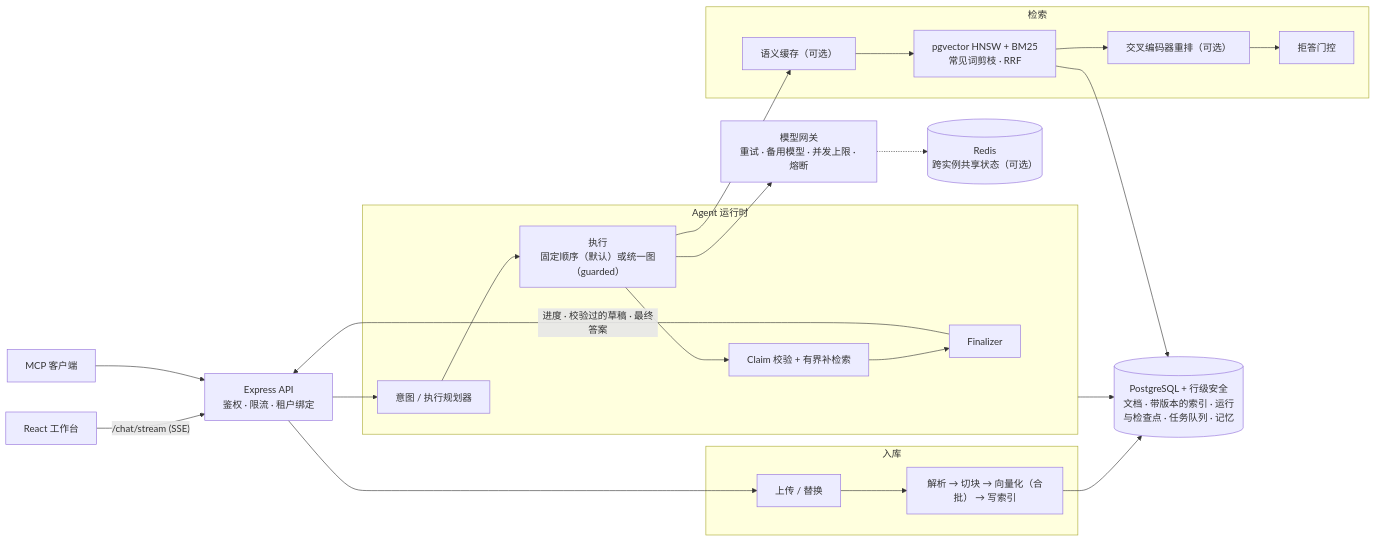
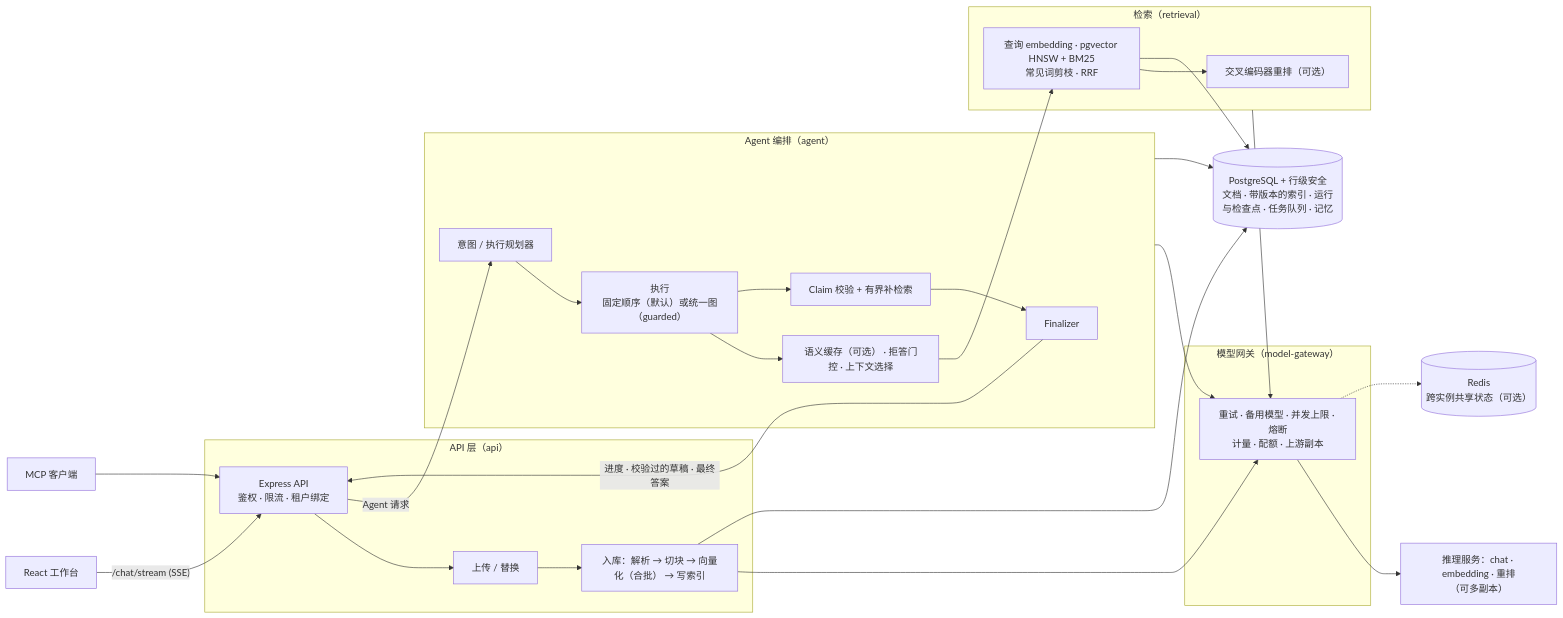
The diagram in README.md (luc1ferxx/Luc1ferxx_Archive_RAG), drawn with Mermaid before and after one commit. The commit also changed other lines of this file and 63 other files, not shown here.

First line of the commit message:
feat: split deployment roles (api, agent, retrieval, model gateway)

````diff
--- a/README.md
+++ b/README.md
@@ -30,31 +31,38 @@
 ```mermaid
 flowchart LR
   UI["React 工作台"] -->|"/chat/stream (SSE)"| API
   MCP["MCP 客户端"] --> API
-  API["Express API<br/>鉴权 · 限流 · 租户绑定"]
 
-  subgraph Agent["Agent 运行时"]
+  subgraph Edge["API 层（api）"]
+    API["Express API<br/>鉴权 · 限流 · 租户绑定"]
+    Upload["上传 / 替换"] --> Pipe["入库：解析 → 切块 → 向量化（合批） → 写索引"]
+  end
+
+  subgraph Agent["Agent 编排（agent）"]
     Plan["意图 / 执行规划器"] --> Exec["执行<br/>固定顺序（默认）或统一图（guarded）"]
+    Exec --> Gate["语义缓存（可选） · 拒答门控 · 上下文选择"]
     Exec --> Check["Claim 校验 + 有界补检索"]
     Check --> Final["Finalizer"]
   end
 
-  subgraph Retrieval["检索"]
-    Cache["语义缓存（可选）"] --> Hybrid["pgvector HNSW + BM25<br/>常见词剪枝 · RRF"]
-    Hybrid --> Rerank["交叉编码器重排（可选）"] --> Gate["拒答门控"]
+  subgraph Retrieval["检索（retrieval）"]
+    Hybrid["查询 embedding · pgvector HNSW + BM25<br/>常见词剪枝 · RRF"] --> Rerank["交叉编码器重排（可选）"]
   end
 
-  subgraph Ingest["入库"]
-    Upload["上传 / 替换"] --> Pipe["解析 → 切块 → 向量化（合批） → 写索引"]
+  subgraph ModelGateway["模型网关（model-gateway）"]
+    GW["重试 · 备用模型 · 并发上限 · 熔断<br/>计量 · 配额 · 上游副本"]
   end
 
-  API --> Plan
-  Exec --> Cache
-  Exec --> Gateway["模型网关<br/>重试 · 备用模型 · 并发上限 · 熔断"]
   API --> Upload
+  API -->|"Agent 请求"| Plan
   Final -->|"进度 · 校验过的草稿 · 最终答案"| API
-  Gateway -.-> Redis[("Redis<br/>跨实例共享状态（可选）")]
+  Gate --> Hybrid
+  Agent --> GW
+  Retrieval --> GW
+  Pipe --> GW
+  GW --> Backends["推理服务：chat · embedding · 重排<br/>（可多副本）"]
+  GW -.-> Redis[("Redis<br/>跨实例共享状态（可选）")]
   Hybrid --> PG
   Pipe --> PG
   Agent --> PG[("PostgreSQL + 行级安全<br/>文档 · 带版本的索引 · 运行与检查点 · 任务队列 · 记忆")]
 ```
````
